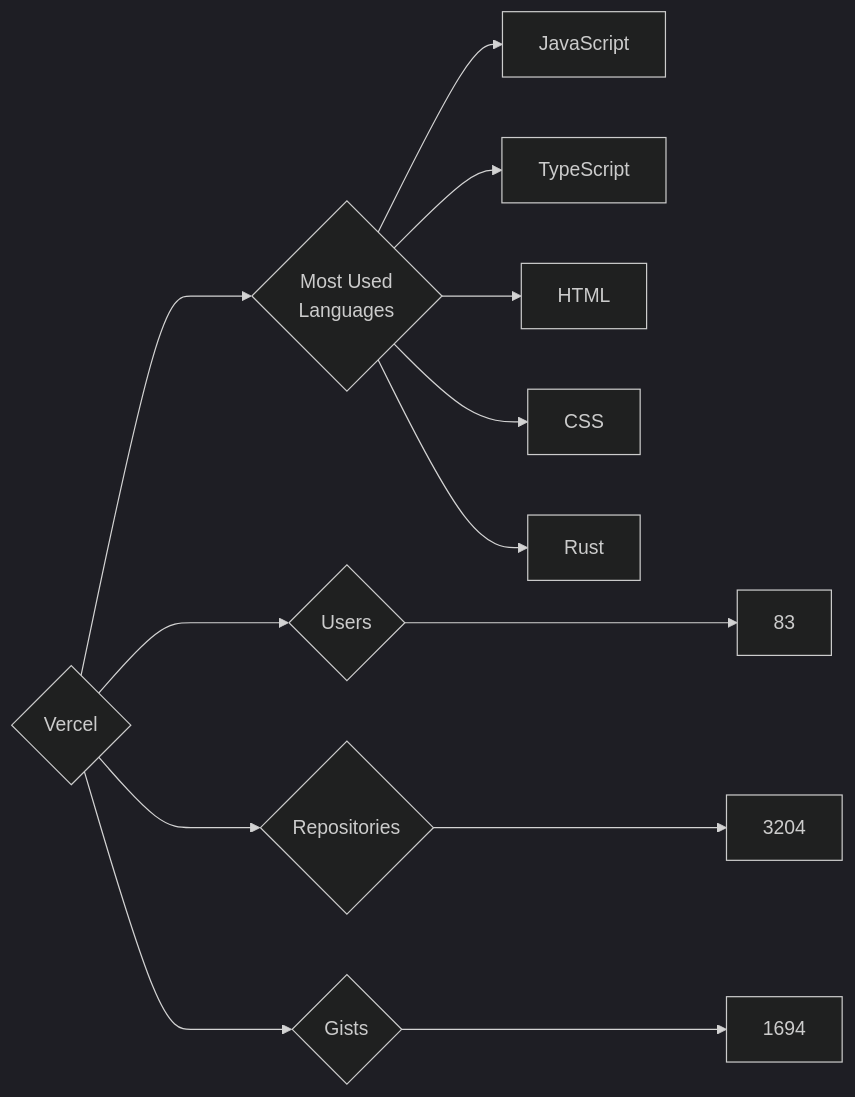
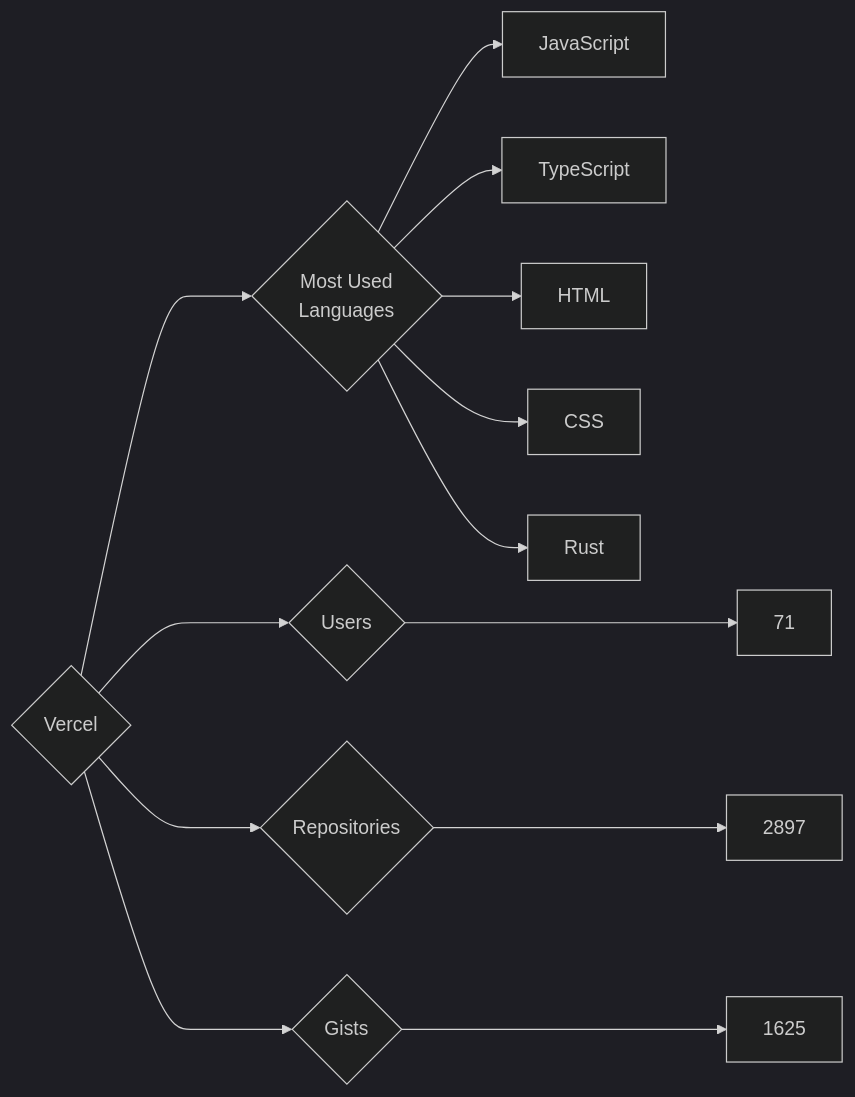
The diagram in targets/Vercel/README.md (trickest/insiders), drawn with Mermaid (dark theme) before and after one commit. The commit also changed 815 other files, not shown here.

````diff
--- a/targets/Vercel/README.md
+++ b/targets/Vercel/README.md
@@ -3,13 +3,13 @@
 ```mermaid
 graph LR
 COMPANY_NAME{Vercel}
-COMPANY_NAME ---> U{Users} ---> UN[83]
-COMPANY_NAME ---> R{Repositories} ---> RN[3204]
-COMPANY_NAME ---> G{Gists} ---> GN[1694]
+COMPANY_NAME ---> U{Users} ---> UN[71]
+COMPANY_NAME ---> R{Repositories} ---> RN[2897]
+COMPANY_NAME ---> G{Gists} ---> GN[1625]
 COMPANY_NAME ---> ML{Most Used<br>Languages}
 ML --> JavaScript[JavaScript]
 ML --> TypeScript[TypeScript]
 ML --> HTML[HTML]
 ML --> CSS[CSS]
 ML --> Rust[Rust]
 ```
````
